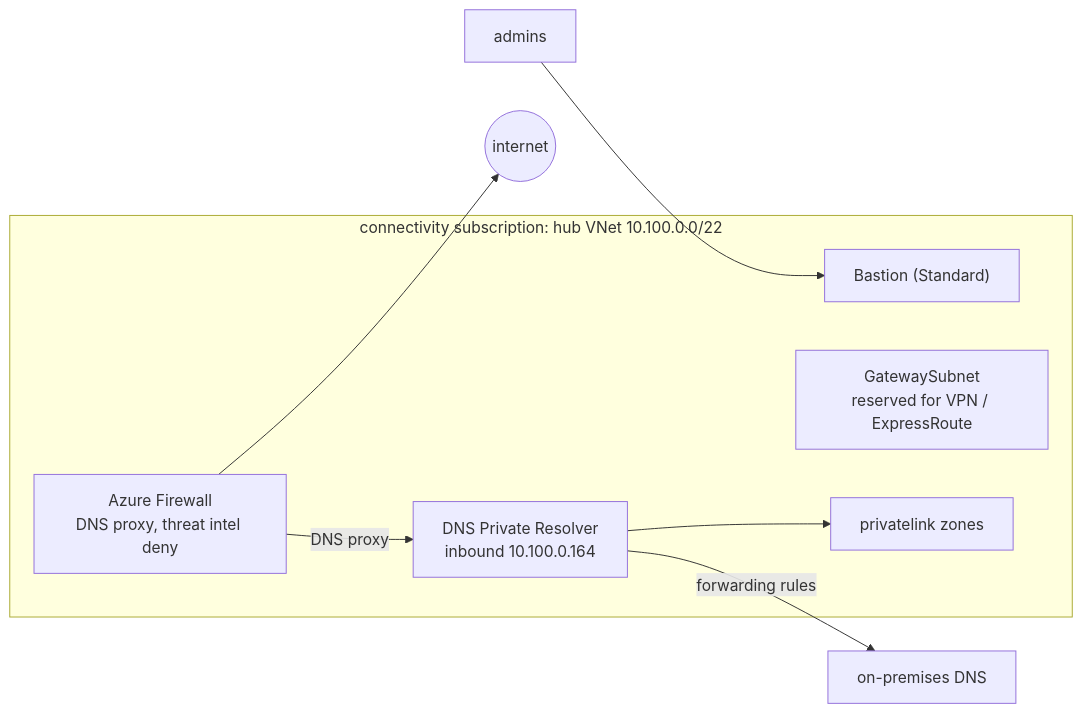
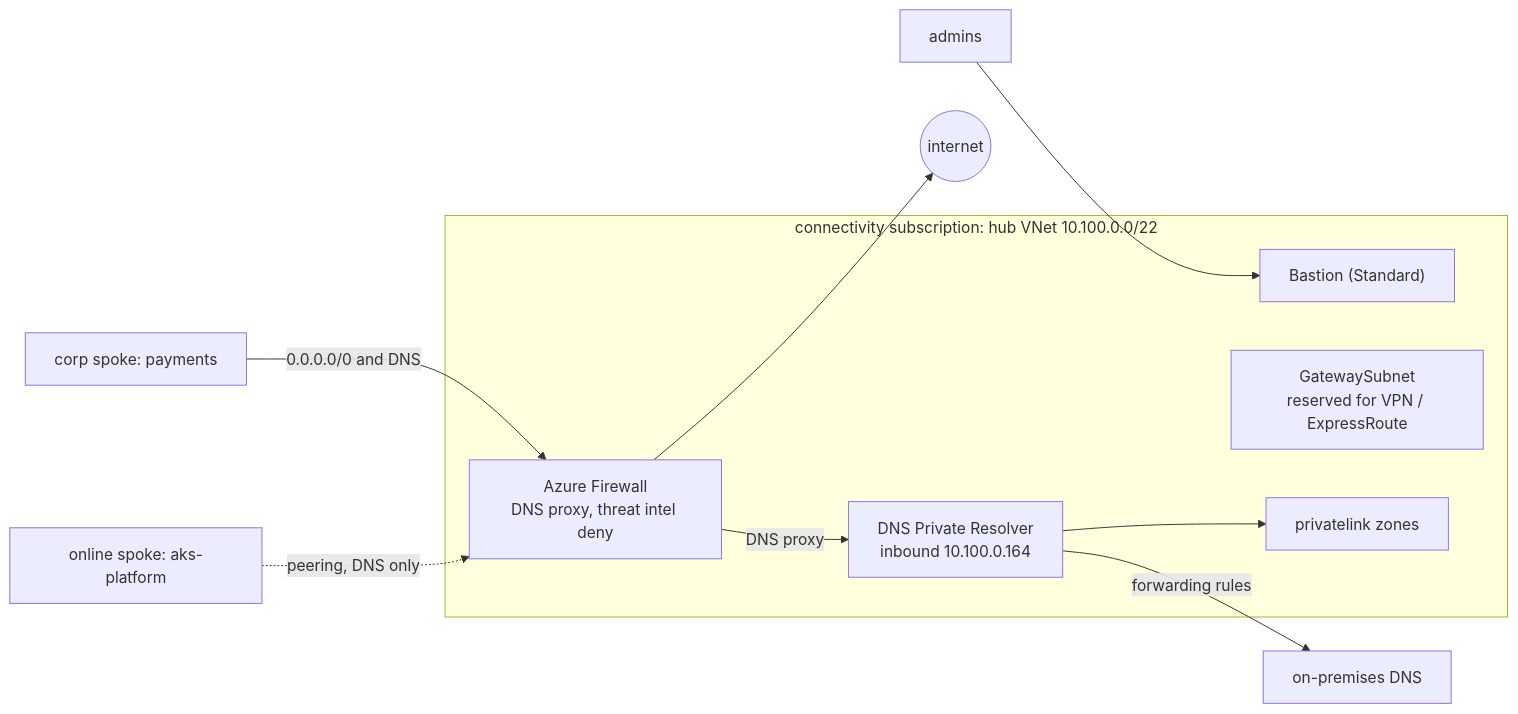
Before and after one commit to ozy31/terraform-azure-landing-zone: the diagram in README.md, drawn with Mermaid. The commit also changed other lines of this file and 12 other files, not shown here.

````diff
--- a/README.md
+++ b/README.md
@@ -34,15 +35,17 @@
 ```mermaid
 flowchart LR
     subgraph hub["connectivity subscription: hub VNet 10.100.0.0/22"]
         afw["Azure Firewall<br/>DNS proxy, threat intel deny"]
         bas["Bastion (Standard)"]
         gw["GatewaySubnet<br/>reserved for VPN / ExpressRoute"]
         dnspr["DNS Private Resolver<br/>inbound 10.100.0.164"]
         zones["privatelink zones"]
     end
     afw -- "DNS proxy" --> dnspr --> zones
     dnspr -- "forwarding rules" --> onprem["on-premises DNS"]
     internet(("internet"))
     afw --> internet
     admins["admins"] --> bas
+    corp["corp spoke: payments"] -- "0.0.0.0/0 and DNS" --> afw
+    online["online spoke: aks-platform"] -. "peering, DNS only" .-> afw
 ```
````
